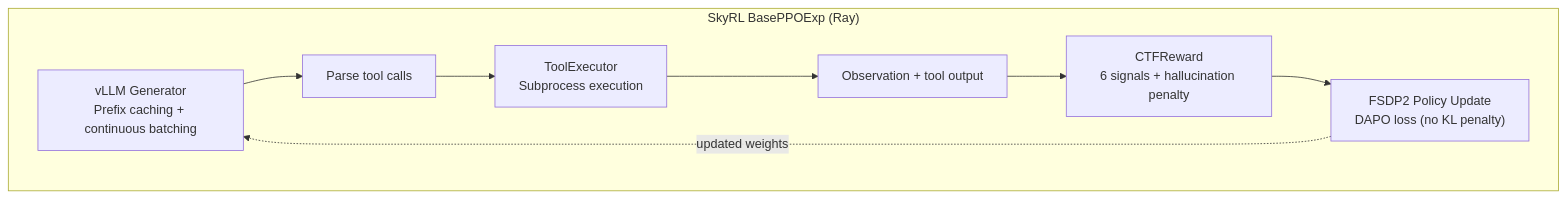
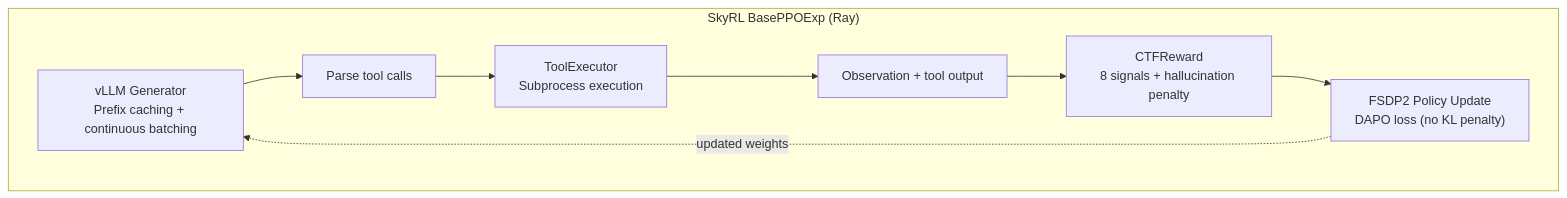
Before and after one commit to westonbrown/open-ctf-env: the third of 3 diagrams in README.md, drawn with Mermaid. The commit also changed other lines of this file and 41 other files, not shown here.

````diff
--- a/README.md
+++ b/README.md
@@ -313,15 +332,15 @@
 ```mermaid
 flowchart LR
     subgraph skyrl["SkyRL BasePPOExp (Ray)"]
         direction LR
         vllm["vLLM Generator<br/>Prefix caching + continuous batching"]
         parse["Parse tool calls"]
         exec["ToolExecutor<br/>Subprocess execution"]
         obs["Observation + tool output"]
-        reward["CTFReward<br/>6 signals + hallucination penalty"]
+        reward["CTFReward<br/>8 signals + hallucination penalty"]
         trainer["FSDP2 Policy Update<br/>DAPO loss (no KL penalty)"]
 
         vllm --> parse --> exec --> obs --> reward --> trainer
         trainer -. "updated weights" .-> vllm
     end
 ```
````
